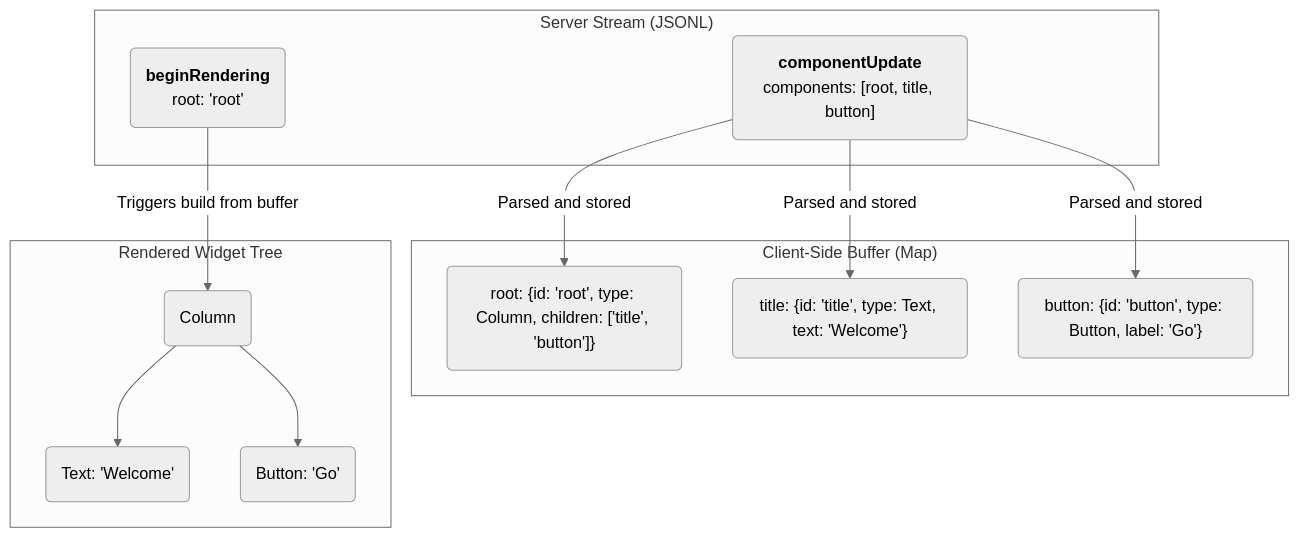
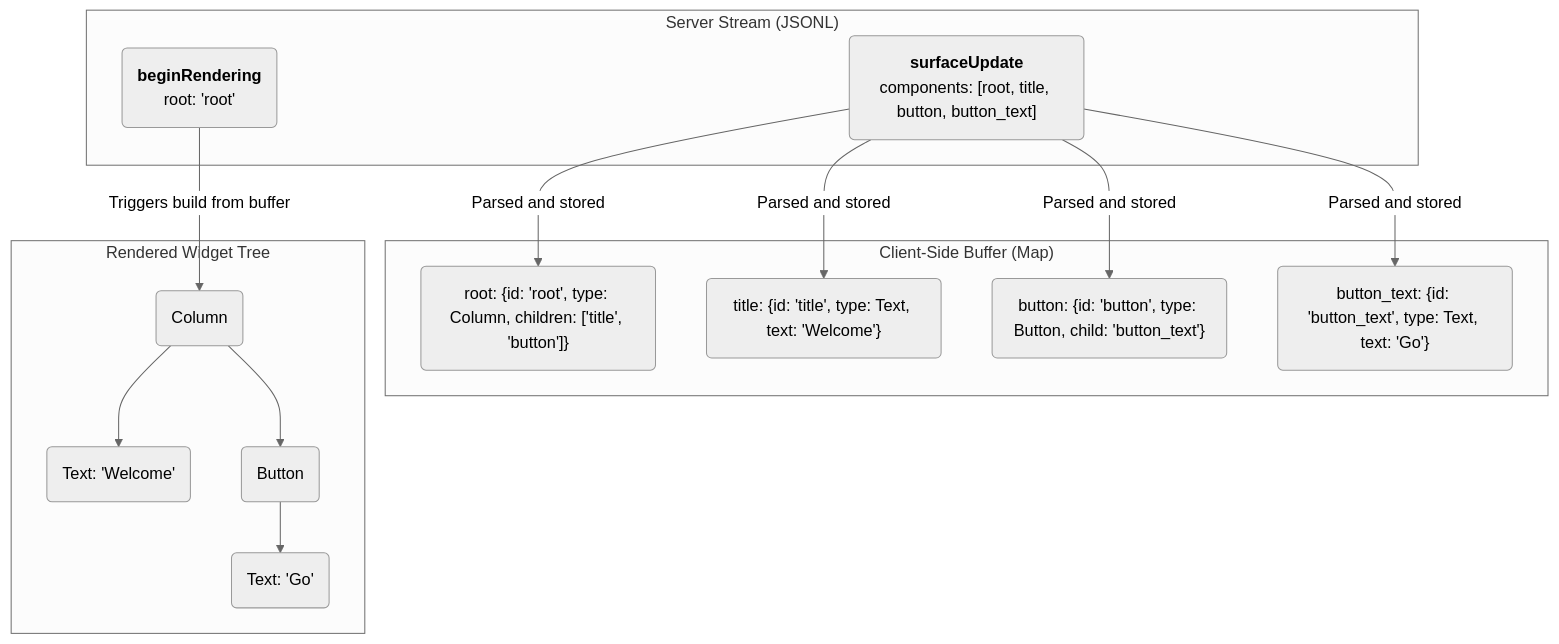
The second of 2 diagrams in docs/a2ui_protocol.md (anup42/A2UI), drawn with Mermaid (neutral theme) before and after one commit. The commit also changed other lines of this file and 9 other files, not shown here.

First line of the commit message:
docs: Update protocol docs and schema files (#27)

````diff
--- a/docs/a2ui_protocol.md
+++ b/docs/a2ui_protocol.md
@@ -236,24 +235,27 @@
 ```mermaid
 flowchart TD
     subgraph "Server Stream (JSONL)"
-        A("<b>componentUpdate</b><br>components: [root, title, button]")
+        A("<b>surfaceUpdate</b><br>components: [root, title, button, button_text]")
         B("<b>beginRendering</b><br>root: 'root'")
     end
 
     subgraph "Client-Side Buffer (Map)"
         C("root: {id: 'root', type: Column, children: ['title', 'button']}")
         D("title: {id: 'title', type: Text, text: 'Welcome'}")
-        E("button: {id: 'button', type: Button, label: 'Go'}")
+        E("button: {id: 'button', type: Button, child: 'button_text'}")
+        E_TEXT("button_text: {id: 'button_text', type: Text, text: 'Go'}")
     end
 
     subgraph "Rendered Widget Tree"
         F(Column) --> G(Text: 'Welcome')
-        F --> H(Button: 'Go')
+        F --> H(Button)
+        H --> I(Text: 'Go')
     end
 
     A -- "Parsed and stored" --> C
     A -- "Parsed and stored" --> D
     A -- "Parsed and stored" --> E
+    A -- "Parsed and stored" --> E_TEXT
 
     B -- "Triggers build from buffer" --> F
 ```
````
